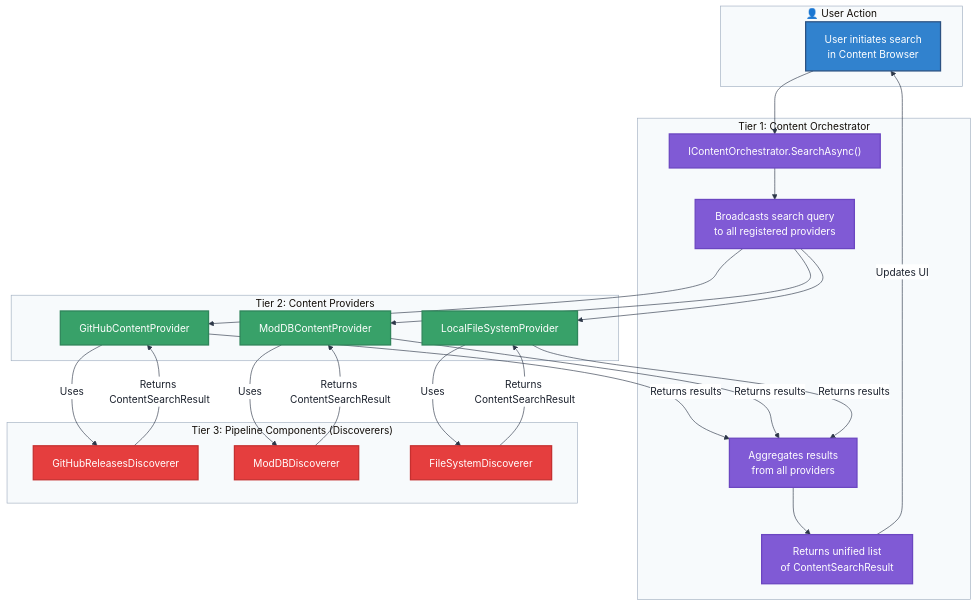
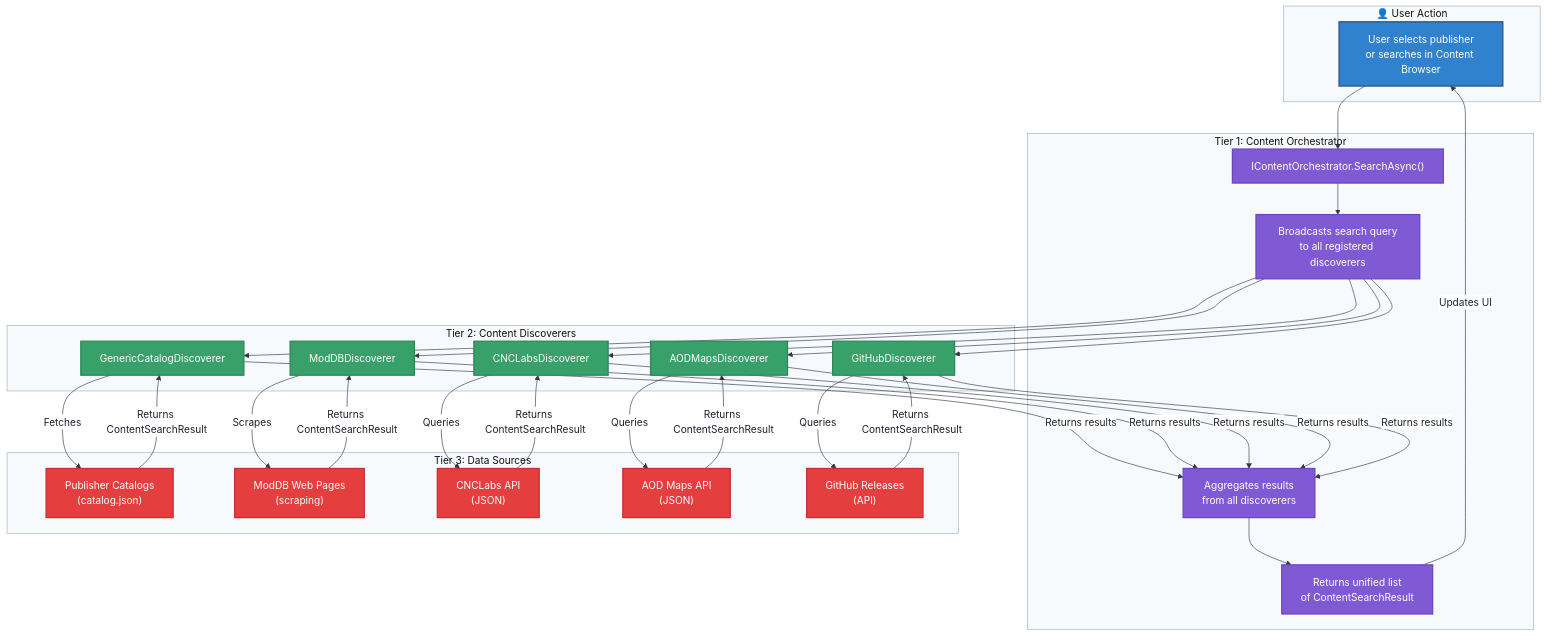
Before and after one commit to community-outpost/GenHub: the diagram in docs/FlowCharts/Discovery-Flow.md, drawn with Mermaid. The commit also changed other lines of this file and 65 other files, not shown here.

````diff
--- a/docs/FlowCharts/Discovery-Flow.md
+++ b/docs/FlowCharts/Discovery-Flow.md
@@ -24,26 +24,30 @@
 
 graph TD
     subgraph UserAction ["👤 User Action"]
-        A["User initiates search<br/>in Content Browser"]
+        A["User selects publisher<br/>or searches in Content Browser"]
     end
 
     subgraph Tier1 ["Tier 1: Content Orchestrator"]
         B["IContentOrchestrator.SearchAsync()"]
-        C["Broadcasts search query<br/>to all registered providers"]
-        D["Aggregates results<br/>from all providers"]
+        C["Broadcasts search query<br/>to all registered discoverers"]
+        D["Aggregates results<br/>from all discoverers"]
         E["Returns unified list<br/>of ContentSearchResult"]
     end
 
-    subgraph Tier2 ["Tier 2: Content Providers"]
-        P1["GitHubContentProvider"]
-        P2["ModDBContentProvider"]
-        P3["LocalFileSystemProvider"]
+    subgraph Tier2 ["Tier 2: Content Discoverers"]
+        P1["GenericCatalogDiscoverer"]
+        P2["ModDBDiscoverer"]
+        P3["CNCLabsDiscoverer"]
+        P4["AODMapsDiscoverer"]
+        P5["GitHubDiscoverer"]
     end
 
-    subgraph Tier3 ["Tier 3: Pipeline Components (Discoverers)"]
-        D1["GitHubReleasesDiscoverer"]
-        D2["ModDBDiscoverer"]
-        D3["FileSystemDiscoverer"]
+    subgraph Tier3 ["Tier 3: Data Sources"]
+        D1["Publisher Catalogs<br/>(catalog.json)"]
+        D2["ModDB Web Pages<br/>(scraping)"]
+        D3["CNCLabs API<br/>(JSON)"]
+        D4["AOD Maps API<br/>(JSON)"]
+        D5["GitHub Releases<br/>(API)"]
     end
 
     A --> B
@@ -51,29 +55,37 @@
     C --> P1
     C --> P2
     C --> P3
+    C --> P4
+    C --> P5
 
-    P1 -->|Uses| D1
-    P2 -->|Uses| D2
-    P3 -->|Uses| D3
+    P1 -->|Fetches| D1
+    P2 -->|Scrapes| D2
+    P3 -->|Queries| D3
+    P4 -->|Queries| D4
+    P5 -->|Queries| D5
 
     D1 -->|Returns ContentSearchResult| P1
     D2 -->|Returns ContentSearchResult| P2
     D3 -->|Returns ContentSearchResult| P3
+    D4 -->|Returns ContentSearchResult| P4
+    D5 -->|Returns ContentSearchResult| P5
 
     P1 -->|Returns results| D
     P2 -->|Returns results| D
     P3 -->|Returns results| D
-    
+    P4 -->|Returns results| D
+    P5 -->|Returns results| D
+
     D --> E
     E -->|Updates UI| A
 
     classDef orchestrator fill:#805ad5,stroke:#6b46c1,stroke-width:2px,color:#ffffff
-    classDef provider fill:#38a169,stroke:#2f855a,stroke-width:2px,color:#ffffff
-    classDef component fill:#e53e3e,stroke:#c53030,stroke-width:2px,color:#ffffff
+    classDef discoverer fill:#38a169,stroke:#2f855a,stroke-width:2px,color:#ffffff
+    classDef source fill:#e53e3e,stroke:#c53030,stroke-width:2px,color:#ffffff
     classDef user fill:#3182ce,stroke:#2c5282,stroke-width:2px,color:#ffffff
 
     class A user
     class B,C,D,E orchestrator
-    class P1,P2,P3 provider
-    class D1,D2,D3 component
+    class P1,P2,P3,P4,P5 discoverer
+    class D1,D2,D3,D4,D5 source
 ```
````
